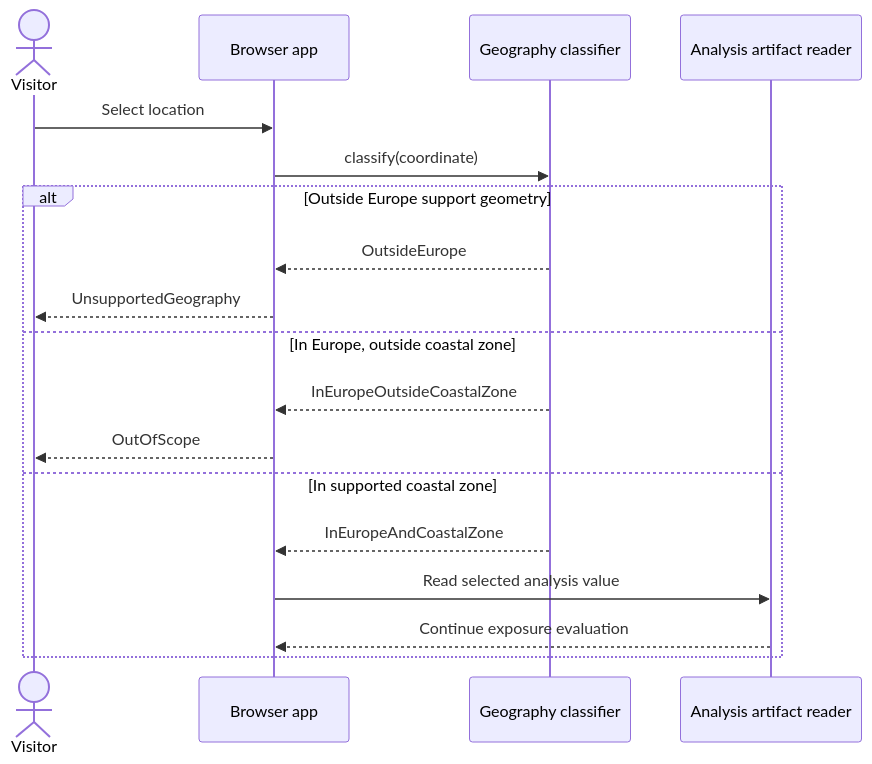
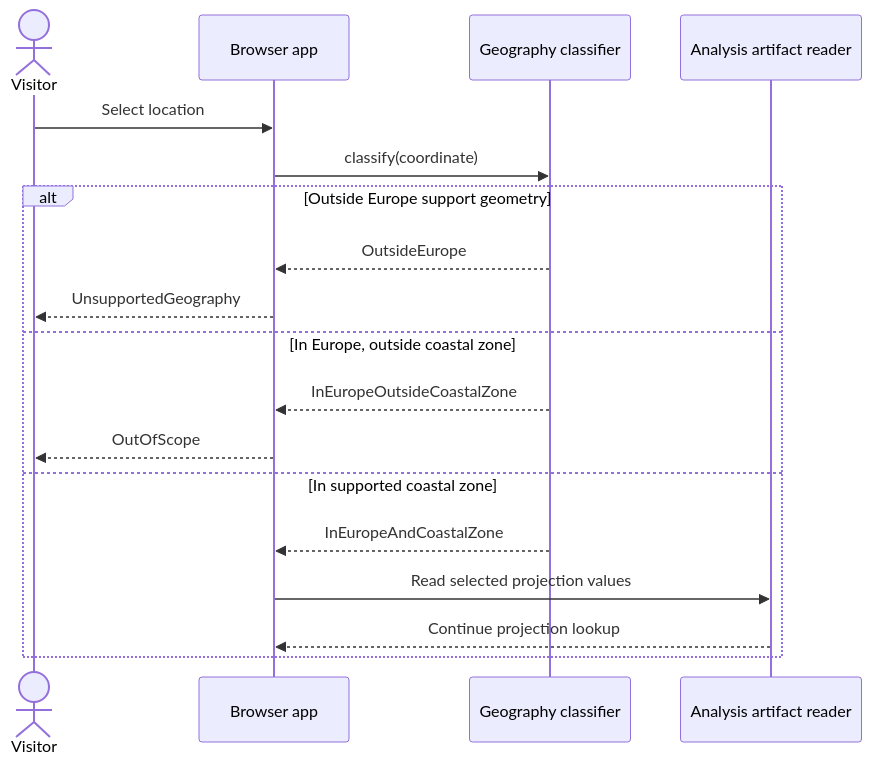
One commit to artemsemdev/SeaRise-Europe changed the fourth of 8 diagrams in docs/architecture/04-runtime-sequences.md. Above: the diagram before and after it, drawn with Mermaid. The commit also changed other lines of this file and 4 other files, not shown here.

Commit message:
docs(architecture): align projection lookup flows

````diff
--- a/docs/architecture/04-runtime-sequences.md
+++ b/docs/architecture/04-runtime-sequences.md
@@ -116,21 +116,21 @@
 ```mermaid
 sequenceDiagram
     actor U as Visitor
     participant UI as Browser app
     participant G as Geography classifier
     participant A as Analysis artifact reader
 
     U->>UI: Select location
     UI->>G: classify(coordinate)
     alt Outside Europe support geometry
         G-->>UI: OutsideEurope
         UI-->>U: UnsupportedGeography
     else In Europe, outside coastal zone
         G-->>UI: InEuropeOutsideCoastalZone
         UI-->>U: OutOfScope
     else In supported coastal zone
         G-->>UI: InEuropeAndCoastalZone
-        UI->>A: Read selected analysis value
-        A-->>UI: Continue exposure evaluation
+        UI->>A: Read selected projection values
+        A-->>UI: Continue projection lookup
     end
 ```
````
